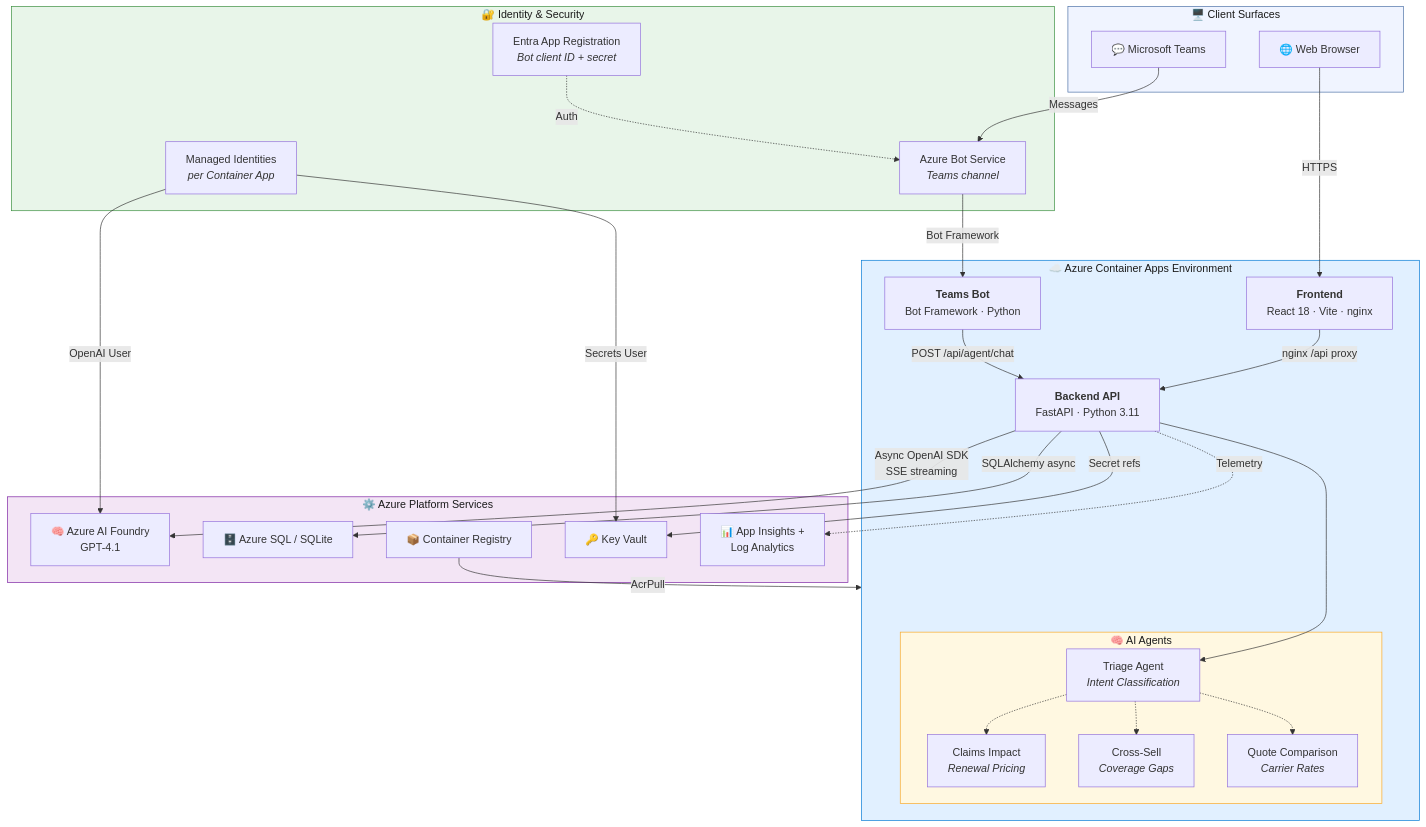
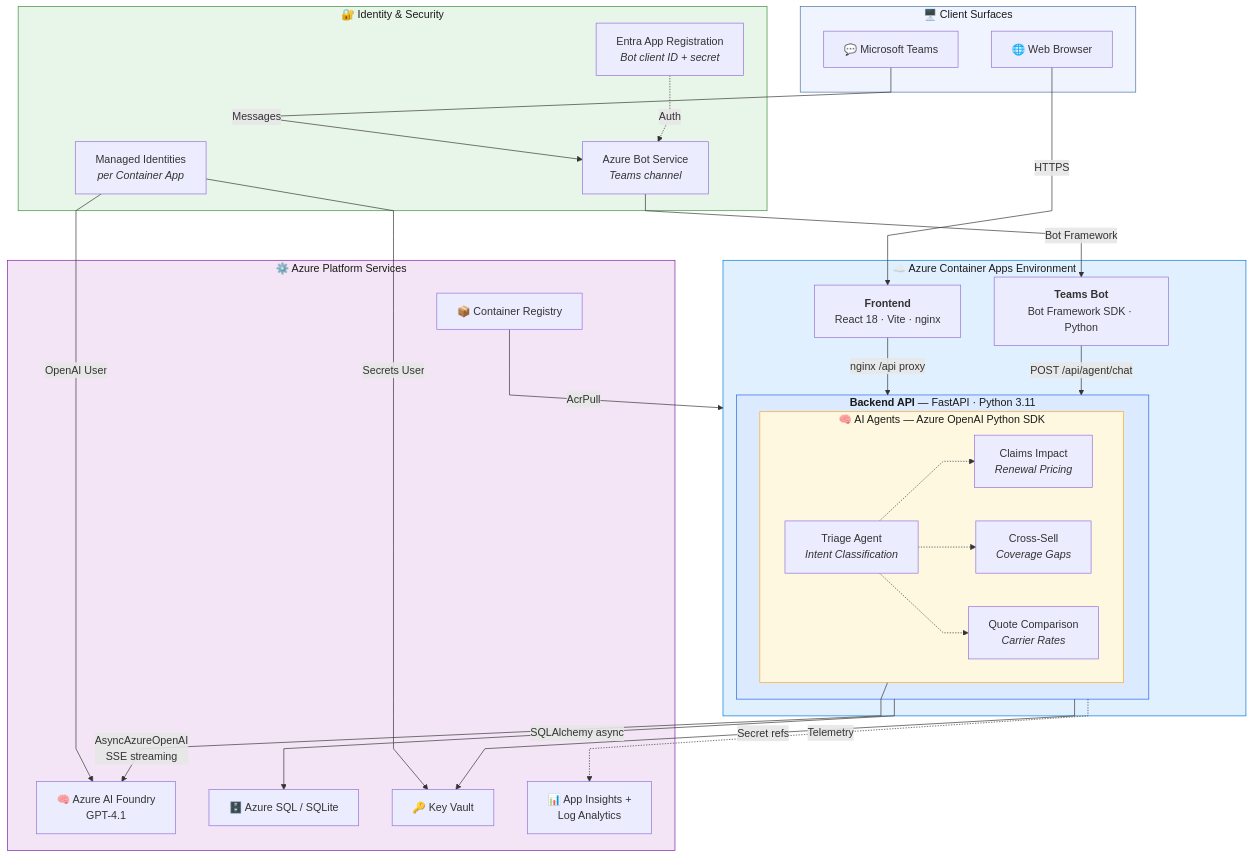
Before and after one commit to harryschaefer93/BrokerWorkbench: the diagram in README.md, drawn with Mermaid.

Commit message:
fix: diagram - straight lines + agents clearly inside backend
- Added curve: linear config for straight connector lines
- Agents subgraph now nested inside Backend subgraph (not floating)
- Backend label shows 'FastAPI · Python 3.11'
- Agents label shows 'Azure OpenAI Python SDK'
- Bot label shows 'Bot Framework SDK'

````diff
--- a/README.md
+++ b/README.md
@@ -7,64 +7,72 @@
 ```mermaid
+---
+config:
+  flowchart:
+    curve: linear
+---
 graph TB
     subgraph Clients["🖥️ Client Surfaces"]
         Browser["🌐 Web Browser"]
         Teams["💬 Microsoft Teams"]
     end
 
     subgraph ACA["☁️ Azure Container Apps Environment"]
         FE["<b>Frontend</b><br/>React 18 · Vite · nginx"]
-        Bot["<b>Teams Bot</b><br/>Bot Framework · Python"]
-        BE["<b>Backend API</b><br/>FastAPI · Python 3.11"]
+        Bot["<b>Teams Bot</b><br/>Bot Framework SDK · Python"]
 
-        subgraph Agents["🧠 AI Agents"]
-            Triage["Triage Agent<br/><i>Intent Classification</i>"]
-            Claims["Claims Impact<br/><i>Renewal Pricing</i>"]
-            CrossSell["Cross-Sell<br/><i>Coverage Gaps</i>"]
-            Quote["Quote Comparison<br/><i>Carrier Rates</i>"]
+        subgraph Backend["<b>Backend API</b> — FastAPI · Python 3.11"]
+            subgraph Agents["🧠 AI Agents — Azure OpenAI Python SDK"]
+                Triage["Triage Agent<br/><i>Intent Classification</i>"]
+                Claims["Claims Impact<br/><i>Renewal Pricing</i>"]
+                CrossSell["Cross-Sell<br/><i>Coverage Gaps</i>"]
+                Quote["Quote Comparison<br/><i>Carrier Rates</i>"]
+            end
         end
     end
 
     subgraph Platform["⚙️ Azure Platform Services"]
         AI["🧠 Azure AI Foundry<br/>GPT-4.1"]
         SQL["🗄️ Azure SQL / SQLite"]
         ACR["📦 Container Registry"]
         KV["🔑 Key Vault"]
         MON["📊 App Insights +<br/>Log Analytics"]
     end
 
     subgraph Identity["🔐 Identity & Security"]
         MI["Managed Identities<br/><i>per Container App</i>"]
         BotReg["Entra App Registration<br/><i>Bot client ID + secret</i>"]
         BotSvc["Azure Bot Service<br/><i>Teams channel</i>"]
     end
 
     %% Client → App flows
     Browser -- "HTTPS" --> FE
-    FE -- "nginx /api proxy" --> BE
+    FE -- "nginx /api proxy" --> Backend
     Teams -- "Messages" --> BotSvc
     BotSvc -- "Bot Framework" --> Bot
-    Bot -- "POST /api/agent/chat" --> BE
+    Bot -- "POST /api/agent/chat" --> Backend
 
-    %% Backend → Agents → Services
-    BE --> Triage
+    %% Agent routing
     Triage -.-> Claims
     Triage -.-> CrossSell
     Triage -.-> Quote
-    BE -- "Async OpenAI SDK<br/>SSE streaming" --> AI
-    BE -- "SQLAlchemy async" --> SQL
-    BE -- "Secret refs" --> KV
-    BE -. "Telemetry" .-> MON
+
+    %% Backend → Services
+    Agents -- "AsyncAzureOpenAI<br/>SSE streaming" --> AI
+    Backend -- "SQLAlchemy async" --> SQL
+    Backend -- "Secret refs" --> KV
+    Backend -. "Telemetry" .-> MON
 
     %% Infra & Identity
     ACR -- "AcrPull" --> ACA
     MI -- "OpenAI User" --> AI
     MI -- "Secrets User" --> KV
     BotReg -. "Auth" .-> BotSvc
 
     %% Styles
     style Clients fill:#f0f4ff,stroke:#4a6fa5,color:#1a1a1a
     style ACA fill:#e1f0ff,stroke:#0078d4,color:#1a1a1a
+    style Backend fill:#dbeafe,stroke:#2563eb,color:#1a1a1a
     style Agents fill:#fff8e1,stroke:#f9a825,color:#1a1a1a
     style Platform fill:#f3e5f5,stroke:#7b1fa2,color:#1a1a1a
     style Identity fill:#e8f5e9,stroke:#388e3c,color:#1a1a1a
 ```
````
